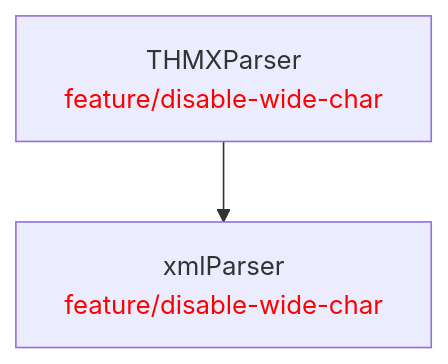
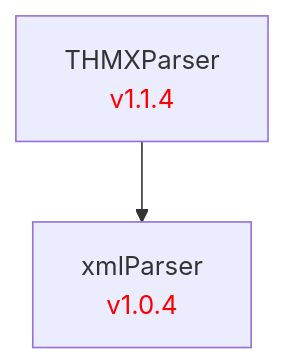
Before and after one commit to LBNL-ETA/THMXParser: the diagram in doc/THMXParser.md, drawn with Mermaid. The commit also changed 1 other file, not shown here.

Commit message:
Bump version to 1.1.4, update XMLParser to v1.0.4

````diff
--- a/doc/THMXParser.md
+++ b/doc/THMXParser.md
@@ -1,9 +1,9 @@
 ```mermaid
 graph TD
     %% Package definitions
-    xmlParser[xmlParser<br/><font color='red'>feature/disable-wide-char</font>]
-    THMXParser[THMXParser<br/><font color='red'>feature/disable-wide-char</font>]
+    xmlParser[xmlParser<br/><font color='red'>v1.0.4</font>]
+    THMXParser[THMXParser<br/><font color='red'>v1.1.4</font>]
 
     %% Package relations
     THMXParser --> xmlParser
 ```
````
